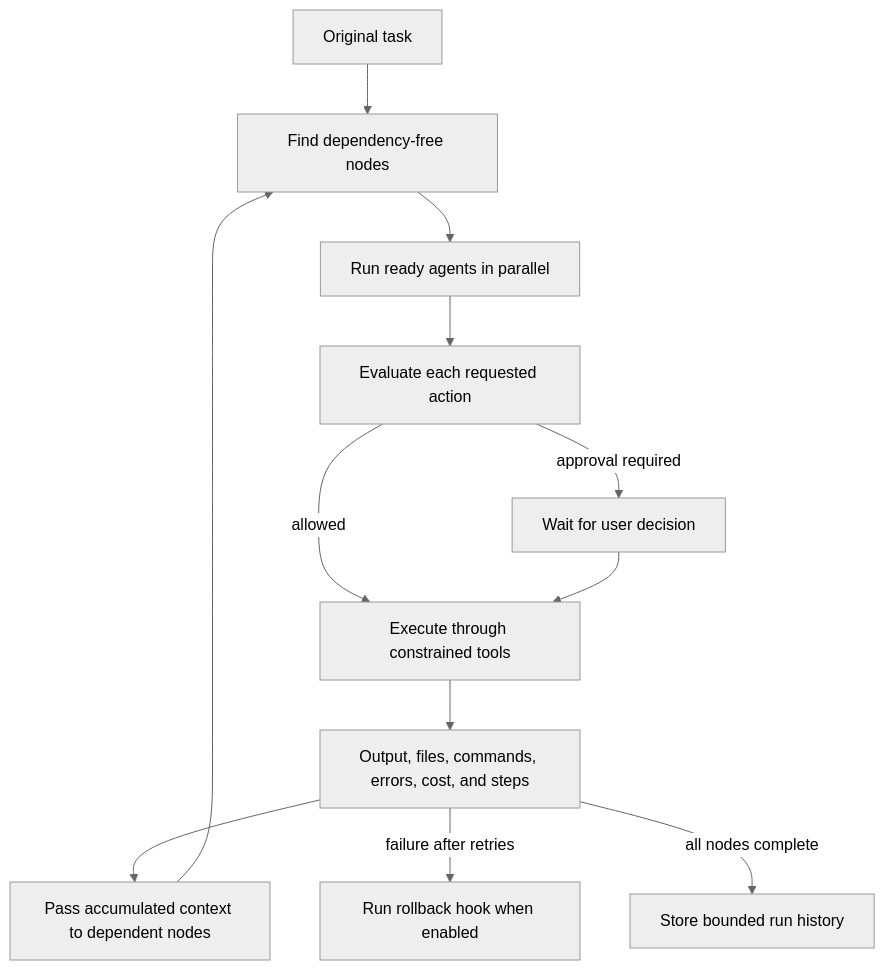
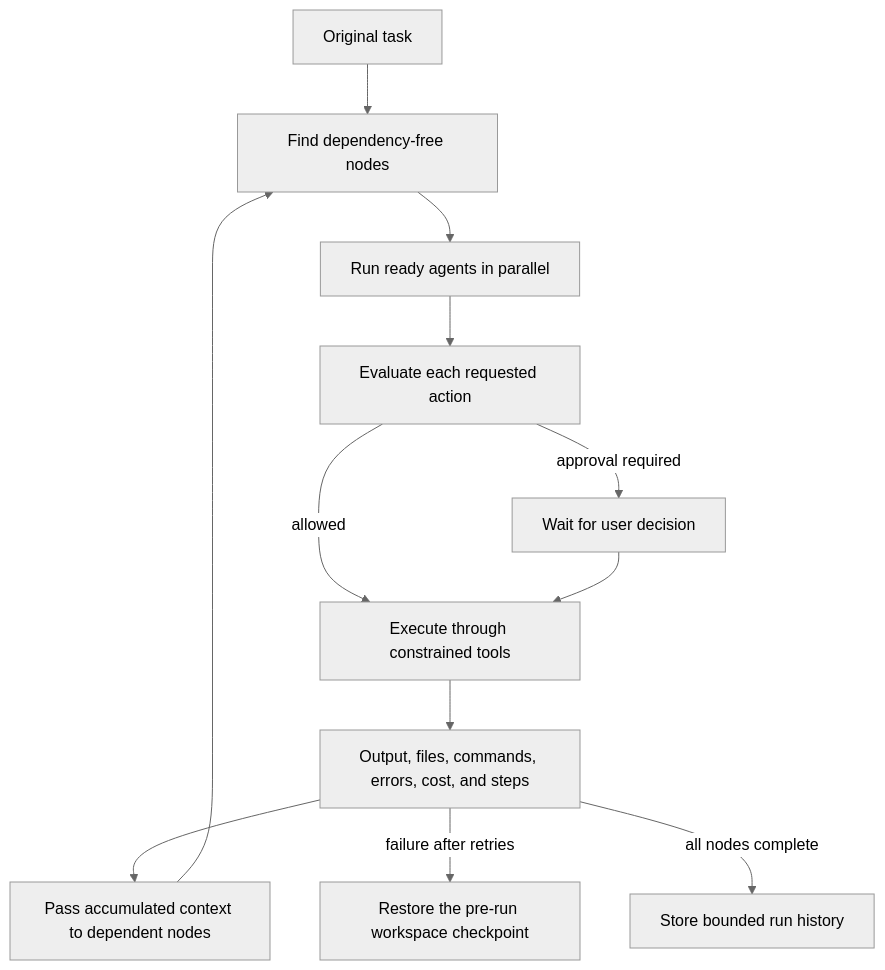
One commit to spxmiguel/visualnscode changed the diagram in docs/agents.md. Above: the diagram before and after it, drawn with Mermaid (neutral theme). The commit also changed other lines of this file and 5 other files, not shown here.

````diff
--- a/docs/agents.md
+++ b/docs/agents.md
@@ -43,14 +43,14 @@
 ```mermaid
 flowchart TD
     Task["Original task"] --> Ready["Find dependency-free nodes"]
     Ready --> Stage["Run ready agents in parallel"]
     Stage --> Policy["Evaluate each requested action"]
     Policy -->|"approval required"| Approval["Wait for user decision"]
     Policy -->|"allowed"| Execute["Execute through constrained tools"]
     Approval --> Execute
     Execute --> Result["Output, files, commands, errors, cost, and steps"]
     Result --> Next["Pass accumulated context to dependent nodes"]
     Next --> Ready
-    Result -->|"failure after retries"| Rollback["Run rollback hook when enabled"]
+    Result -->|"failure after retries"| Rollback["Restore the pre-run workspace checkpoint"]
     Result -->|"all nodes complete"| History["Store bounded run history"]
 ```
````
